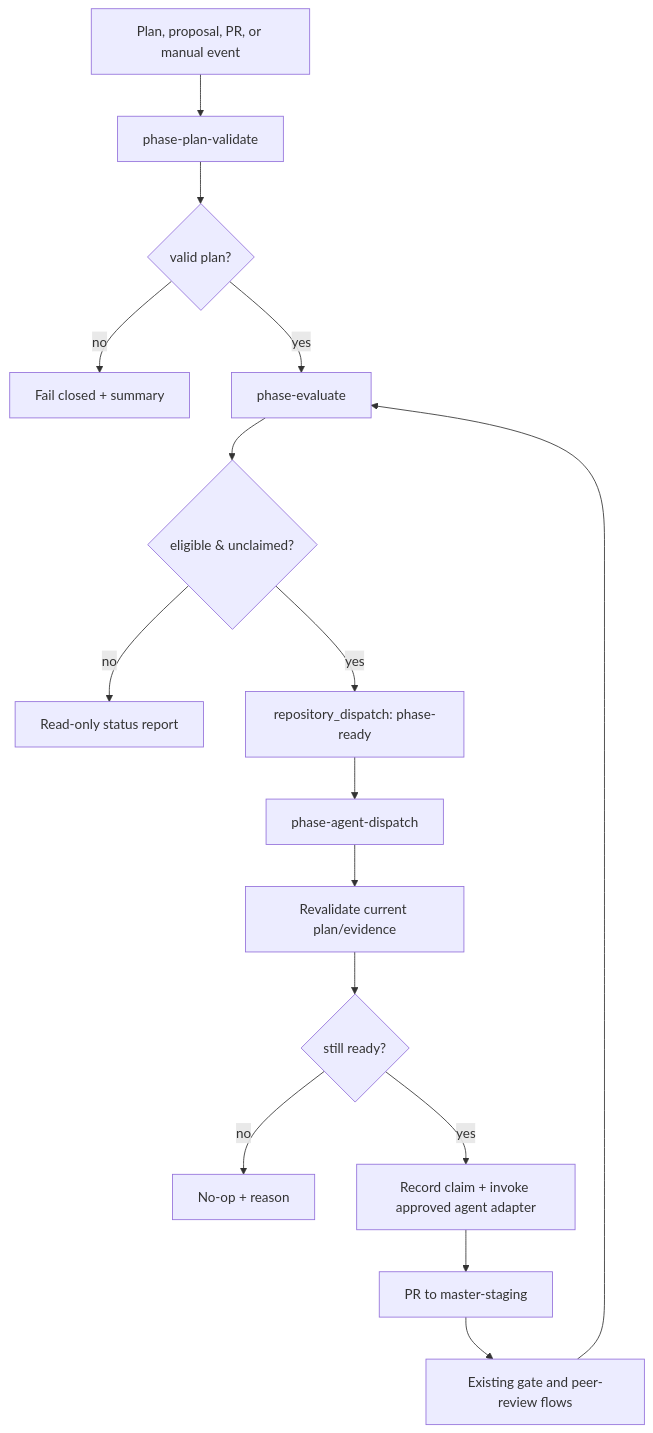
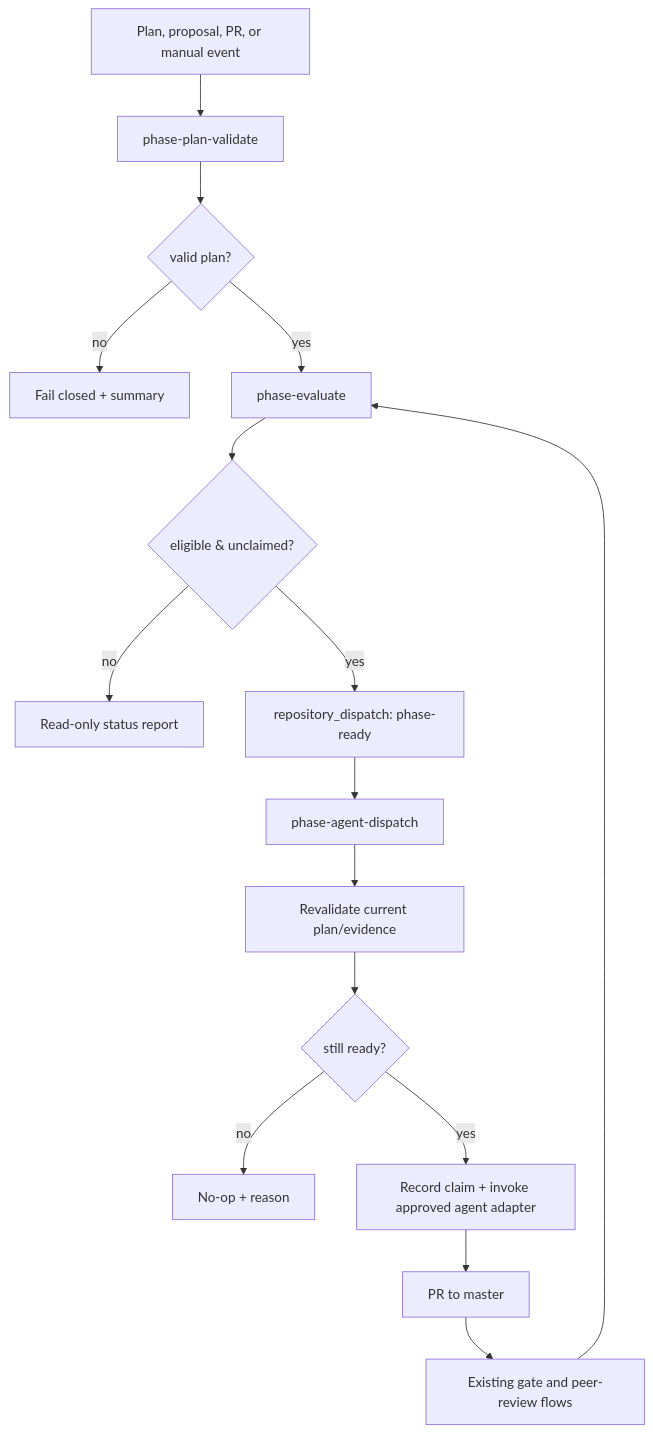
Before and after one commit to timerloggedout-spec/termux-monorepo: the diagram in docs/agentic/AGENTIC_PHASE_FLOW_DESIGN.md, drawn with Mermaid. The commit also changed other lines of this file and 21 other files, not shown here.

````diff
--- a/docs/agentic/AGENTIC_PHASE_FLOW_DESIGN.md
+++ b/docs/agentic/AGENTIC_PHASE_FLOW_DESIGN.md
@@ -65,18 +65,18 @@
 ```mermaid
 flowchart TD
   A[Plan, proposal, PR, or manual event] --> B[phase-plan-validate]
   B --> C{valid plan?}
   C -- no --> D[Fail closed + summary]
   C -- yes --> E[phase-evaluate]
   E --> F{eligible & unclaimed?}
   F -- no --> G[Read-only status report]
   F -- yes --> H[repository_dispatch: phase-ready]
   H --> I[phase-agent-dispatch]
   I --> J[Revalidate current plan/evidence]
   J --> K{still ready?}
   K -- no --> L[No-op + reason]
   K -- yes --> M[Record claim + invoke approved agent adapter]
-  M --> N[PR to master-staging]
+  M --> N[PR to master]
   N --> O[Existing gate and peer-review flows]
   O --> E
 ```
````
